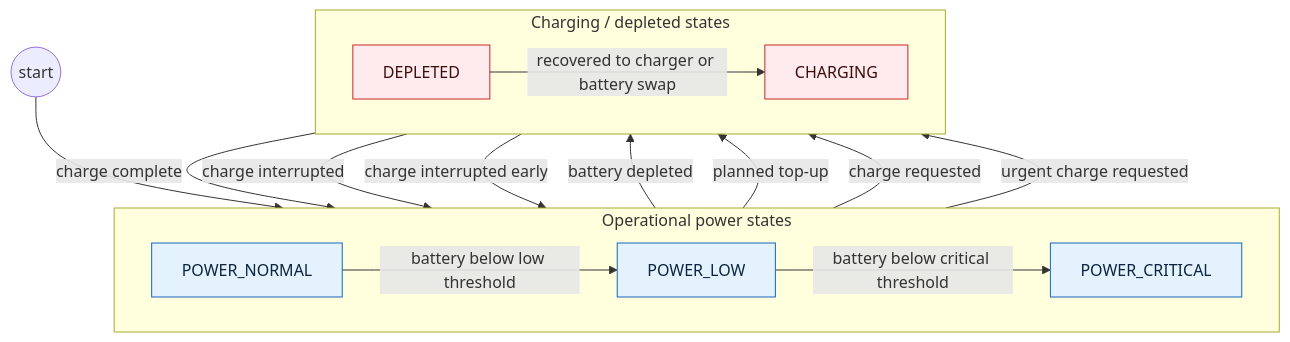
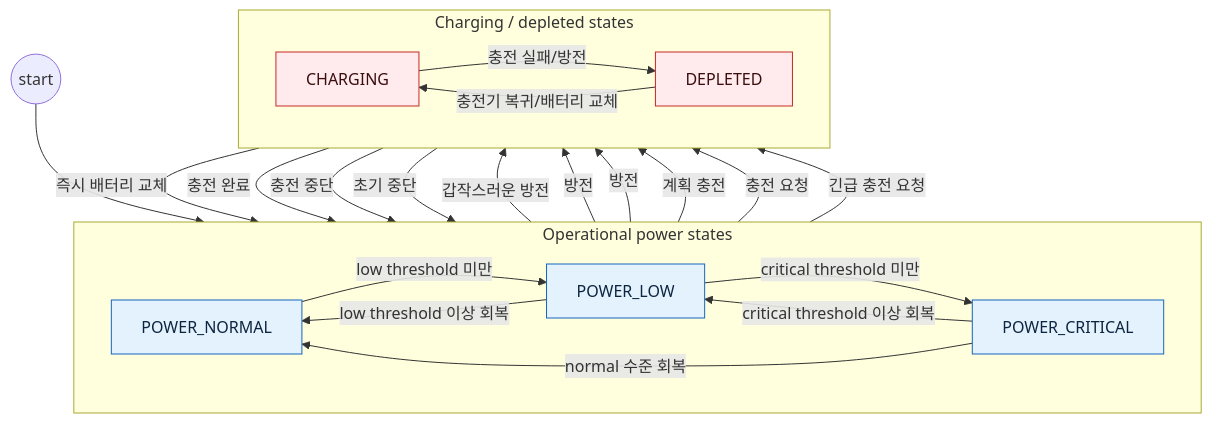
The third of 4 diagrams in docs/state_reference.md (Ha-An/HumanoidSim), drawn with Mermaid before and after one commit. The commit also changed other lines of this file and 2 other files, not shown here.

````diff
--- a/docs/state_reference.md
+++ b/docs/state_reference.md
@@ -243,36 +252,43 @@
 ```mermaid
 flowchart TB
     start((start)) --> POWER_NORMAL
 
     subgraph POWER_AVAILABLE["Operational power states"]
         direction LR
         POWER_NORMAL
         POWER_LOW
         POWER_CRITICAL
 
-        POWER_NORMAL -->|battery below low threshold| POWER_LOW
-        POWER_LOW -->|battery below critical threshold| POWER_CRITICAL
+        POWER_NORMAL -->|low threshold 미만| POWER_LOW
+        POWER_LOW -->|critical threshold 미만| POWER_CRITICAL
+        POWER_LOW -->|low threshold 이상 회복| POWER_NORMAL
+        POWER_CRITICAL -->|critical threshold 이상 회복| POWER_LOW
+        POWER_CRITICAL -->|normal 수준 회복| POWER_NORMAL
     end
 
     subgraph POWER_UNAVAILABLE["Charging / depleted states"]
         direction LR
         CHARGING
         DEPLETED
 
-        DEPLETED -->|recovered to charger or battery swap| CHARGING
+        DEPLETED -->|충전기 복귀/배터리 교체| CHARGING
+        DEPLETED -->|즉시 배터리 교체| POWER_NORMAL
     end
 
-    POWER_CRITICAL -->|battery depleted| DEPLETED
-    POWER_NORMAL -->|planned top-up| CHARGING
-    POWER_LOW -->|charge requested| CHARGING
-    POWER_CRITICAL -->|urgent charge requested| CHARGING
+    POWER_NORMAL -->|갑작스러운 방전| DEPLETED
+    POWER_LOW -->|방전| DEPLETED
+    POWER_CRITICAL -->|방전| DEPLETED
+    POWER_NORMAL -->|계획 충전| CHARGING
+    POWER_LOW -->|충전 요청| CHARGING
+    POWER_CRITICAL -->|긴급 충전 요청| CHARGING
 
-    CHARGING -->|charge complete| POWER_NORMAL
-    CHARGING -->|charge interrupted| POWER_LOW
-    CHARGING -->|charge interrupted early| POWER_CRITICAL
+    CHARGING -->|충전 완료| POWER_NORMAL
+    CHARGING -->|충전 중단| POWER_LOW
+    CHARGING -->|초기 중단| POWER_CRITICAL
+    CHARGING -->|충전 실패/방전| DEPLETED
 
     classDef powerOperational fill:#e3f2fd,stroke:#1565c0,color:#0d2540
     classDef powerUnavailable fill:#ffebee,stroke:#c62828,color:#3b0d0d
     class POWER_NORMAL,POWER_LOW,POWER_CRITICAL powerOperational
     class CHARGING,DEPLETED powerUnavailable
 ```
````
